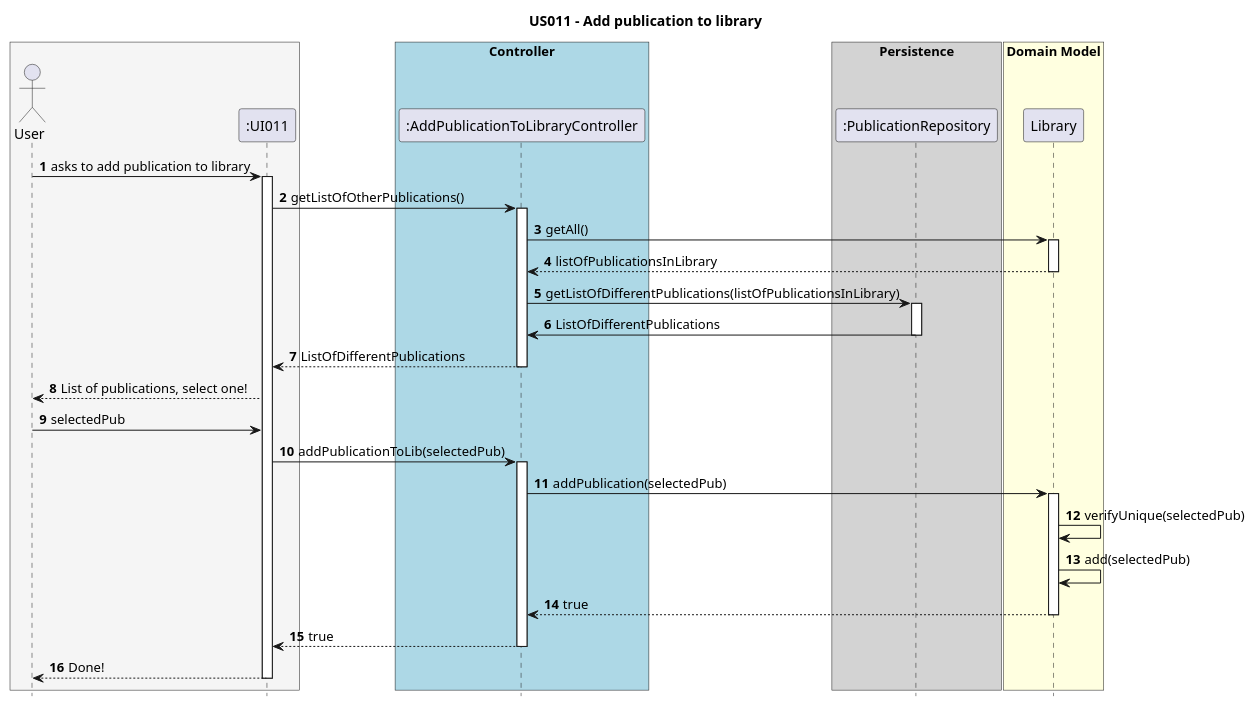
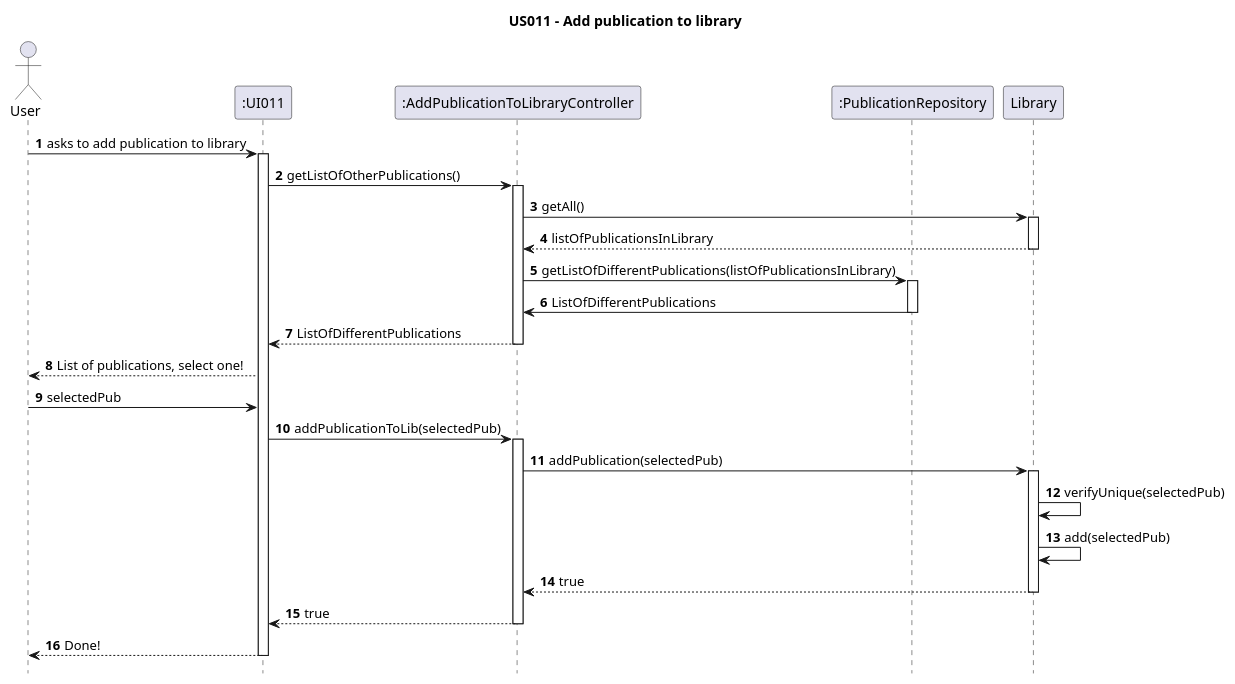
One commit to AndrePereiraGitH/SWitCH-Project-Team_A changed the diagram in Diagrams/SequenceDiagrams/N2/US011-To-add-a-publication-To-Library.puml. Above: the diagram before and after it, drawn with PlantUML. The commit also changed 3 other files, not shown here.

Commit message:
Working on #106 #104, changes to the SD and CD diagrams (@RodrigoSPTD)

```diff
--- a/Diagrams/SequenceDiagrams/N2/US011-To-add-a-publication-To-Library.puml
+++ b/Diagrams/SequenceDiagrams/N2/US011-To-add-a-publication-To-Library.puml
@@ -1,59 +1,59 @@
 @startuml
 autonumber
 hide footbox
 title US011 - Add publication to library
 
 
-box  #WhiteSmoke
-    actor "User" as User
-    participant ":UI011" as UI
-end box
 
-box "Controller" #LightBlue
-    participant ":AddPublicationToLibraryController" as Ctrl
-end box
+actor "User" as User
+participant ":UI011" as UI
 
-box "Persistence" #LightGrey
-    participant ":PublicationRepository" as PubRepo
-end box
 
-box "Domain Model" #LightYellow
-    participant "Library" as LibDomain
-end box
+
+participant ":AddPublicationToLibraryController" as Ctrl
+
+
+
+participant ":PublicationRepository" as PubRepo
+
+
+
+participant "Library" as LibDomain
+
 
 User -> UI : asks to add publication to library
 activate UI
 UI -> Ctrl : getListOfOtherPublications()
 activate Ctrl
 
 Ctrl -> LibDomain: getAll()
 activate LibDomain
 LibDomain --> Ctrl: listOfPublicationsInLibrary
 deactivate LibDomain
 
 Ctrl -> PubRepo: getListOfDifferentPublications(listOfPublicationsInLibrary)
 activate PubRepo
 PubRepo -> Ctrl : ListOfDifferentPublications
 deactivate PubRepo
 Ctrl --> UI: ListOfDifferentPublications
 deactivate Ctrl
 
 UI --> User: List of publications, select one!
 
 User -> UI: selectedPub
 UI -> Ctrl: addPublicationToLib(selectedPub)
 activate Ctrl
 
 Ctrl -> LibDomain: addPublication(selectedPub)
 activate LibDomain
 LibDomain -> LibDomain: verifyUnique(selectedPub)
 LibDomain -> LibDomain: add(selectedPub)
 LibDomain --> Ctrl: true
 deactivate LibDomain
 
 Ctrl --> UI: true
 deactivate Ctrl
 UI --> User: Done!
 deactivate UI
 
 @enduml
```
